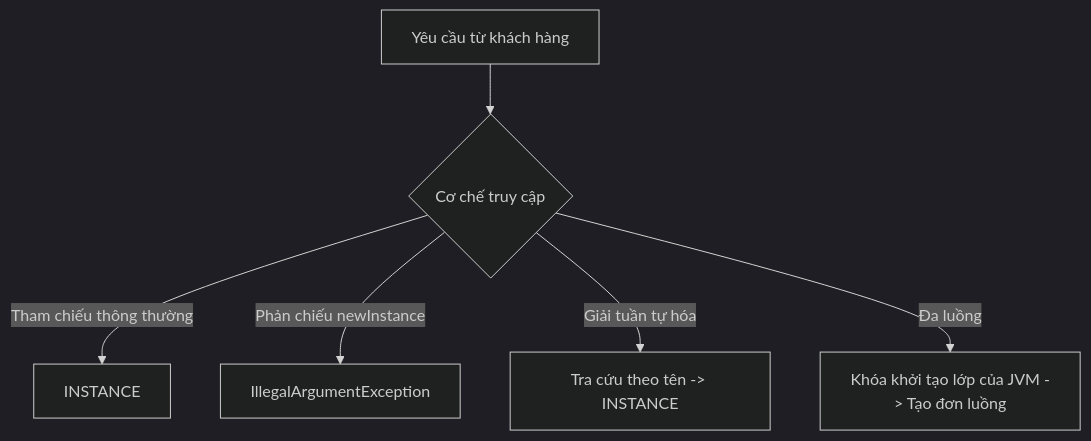
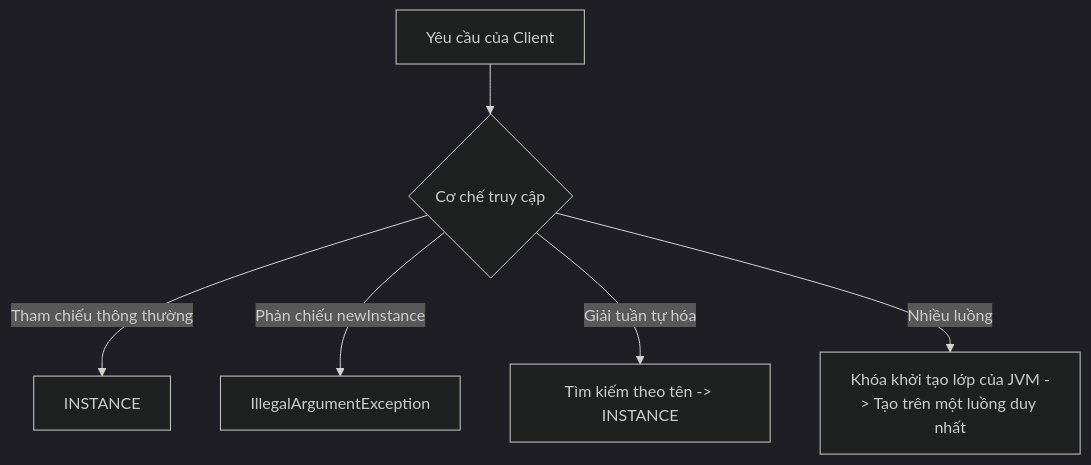
The second of 2 diagrams in vi/16-enum/theory/02-enum-implements-interface-concepts.md (PhuThien2005/theoretical-of-java-core), drawn with Mermaid (dark theme) before and after one commit. The commit also changed other lines of this file and 229 other files, not shown here.

````diff
--- a/vi/16-enum/theory/02-enum-implements-interface-concepts.md
+++ b/vi/16-enum/theory/02-enum-implements-interface-concepts.md
@@ -111,8 +109,8 @@
 ```mermaid
 flowchart TD
-    A[Yêu cầu từ khách hàng] --> B{Cơ chế truy cập}
+    A[Yêu cầu của Client] --> B{Cơ chế truy cập}
     B -->|Tham chiếu thông thường| C[INSTANCE]
     B -->|Phản chiếu newInstance| D[IllegalArgumentException]
-    B -->|Giải tuần tự hóa| E[Tra cứu theo tên -> INSTANCE]
-    B -->|Đa luồng| F[Khóa khởi tạo lớp của JVM -> Tạo đơn luồng]
+    B -->|Giải tuần tự hóa| E[Tìm kiếm theo tên -> INSTANCE]
+    B -->|Nhiều luồng| F[Khóa khởi tạo lớp của JVM -> Tạo trên một luồng duy nhất]
 ```
````
